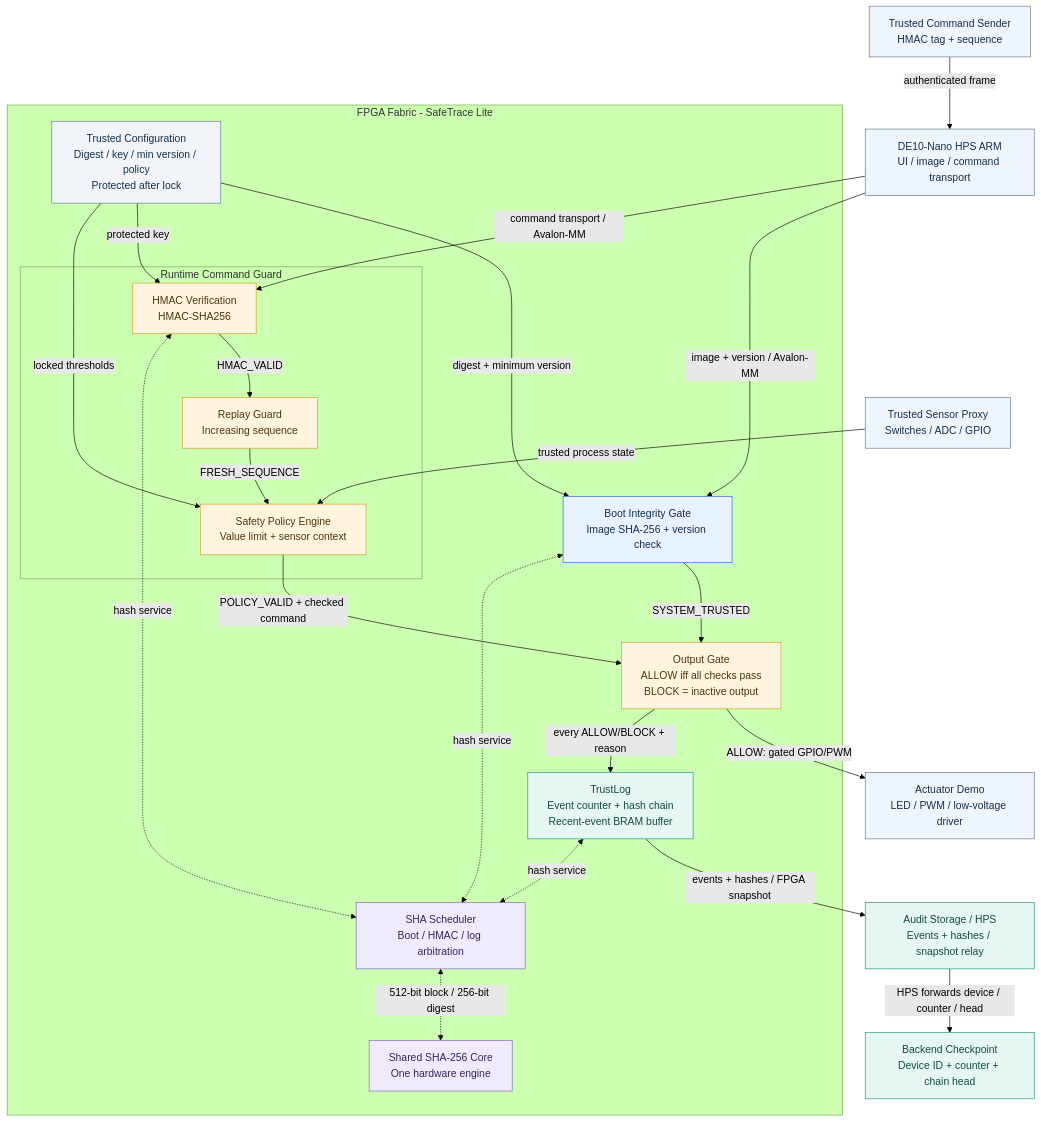
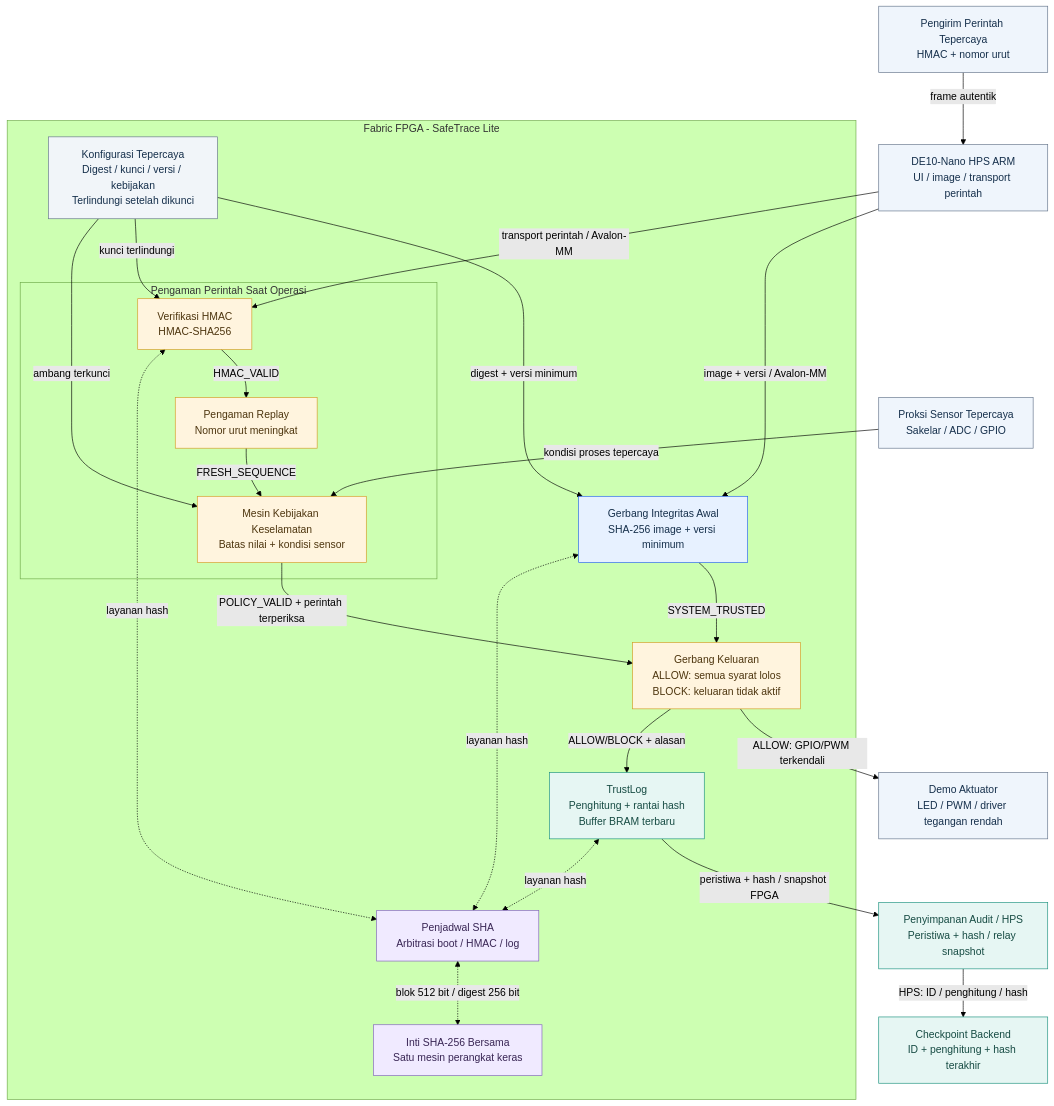
One commit to hanif-12-01/SafeTrace-Lite changed the diagram in docs/block-diagram.mmd. Above: the diagram before and after it, drawn with Mermaid (forest theme). The commit also changed 15 other files, not shown here.

Commit message:
docs: terjemahkan dokumentasi SafeTrace Lite ke bahasa Indonesia

```diff
--- a/docs/block-diagram.mmd
+++ b/docs/block-diagram.mmd
@@ -1,55 +1,55 @@
-%% SafeTrace Lite - proposed architecture, not implemented hardware.
-%% Local fallback PNG: python tools/render_diagram.py (requires Pillow).
+%% SafeTrace Lite - usulan arsitektur; perangkat keras belum diimplementasikan.
+%% Pembentukan PNG lokal: python tools/render_diagram.py (memerlukan Pillow).
 flowchart TB
-    SENDER["Trusted Command Sender<br/>HMAC tag + sequence"]
-    HPS["DE10-Nano HPS ARM<br/>UI / image / command transport"]
-    SENSOR["Trusted Sensor Proxy<br/>Switches / ADC / GPIO"]
-    subgraph FPGA["FPGA Fabric - SafeTrace Lite"]
-        CONFIG["Trusted Configuration<br/>Digest / key / min version / policy<br/>Protected after lock"]
-        BOOT["Boot Integrity Gate<br/>Image SHA-256 + version check"]
-        subgraph RUNTIME["Runtime Command Guard"]
-            HMAC["HMAC Verification<br/>HMAC-SHA256"]
-            REPLAY["Replay Guard<br/>Increasing sequence"]
-            POLICY["Safety Policy Engine<br/>Value limit + sensor context"]
+    SENDER["Pengirim Perintah Tepercaya<br/>HMAC + nomor urut"]
+    HPS["DE10-Nano HPS ARM<br/>UI / image / transport perintah"]
+    SENSOR["Proksi Sensor Tepercaya<br/>Sakelar / ADC / GPIO"]
+    subgraph FPGA["Fabric FPGA - SafeTrace Lite"]
+        CONFIG["Konfigurasi Tepercaya<br/>Digest / kunci / versi / kebijakan<br/>Terlindungi setelah dikunci"]
+        BOOT["Gerbang Integritas Awal<br/>SHA-256 image + versi minimum"]
+        subgraph RUNTIME["Pengaman Perintah Saat Operasi"]
+            HMAC["Verifikasi HMAC<br/>HMAC-SHA256"]
+            REPLAY["Pengaman Replay<br/>Nomor urut meningkat"]
+            POLICY["Mesin Kebijakan Keselamatan<br/>Batas nilai + kondisi sensor"]
         end
-        GATE["Output Gate<br/>ALLOW iff all checks pass<br/>BLOCK = inactive output"]
-        SCHED["SHA Scheduler<br/>Boot / HMAC / log arbitration"]
-        SHA["Shared SHA-256 Core<br/>One hardware engine"]
-        LOG["TrustLog<br/>Event counter + hash chain<br/>Recent-event BRAM buffer"]
+        GATE["Gerbang Keluaran<br/>ALLOW: semua syarat lolos<br/>BLOCK: keluaran tidak aktif"]
+        SCHED["Penjadwal SHA<br/>Arbitrasi boot / HMAC / log"]
+        SHA["Inti SHA-256 Bersama<br/>Satu mesin perangkat keras"]
+        LOG["TrustLog<br/>Penghitung + rantai hash<br/>Buffer BRAM terbaru"]
     end
-    ACTUATOR["Actuator Demo<br/>LED / PWM / low-voltage driver"]
-    STORE["Audit Storage / HPS<br/>Events + hashes / snapshot relay"]
-    BACKEND["Backend Checkpoint<br/>Device ID + counter + chain head"]
+    ACTUATOR["Demo Aktuator<br/>LED / PWM / driver tegangan rendah"]
+    STORE["Penyimpanan Audit / HPS<br/>Peristiwa + hash / relay snapshot"]
+    BACKEND["Checkpoint Backend<br/>ID + penghitung + hash terakhir"]
 
-    SENDER -->|authenticated frame| HPS
-    HPS -->|image + version / Avalon-MM| BOOT
-    HPS -->|command transport / Avalon-MM| HMAC
-    CONFIG -->|digest + minimum version| BOOT
-    CONFIG -->|protected key| HMAC
-    CONFIG -->|locked thresholds| POLICY
+    SENDER -->|frame autentik| HPS
+    HPS -->|image + versi / Avalon-MM| BOOT
+    HPS -->|transport perintah / Avalon-MM| HMAC
+    CONFIG -->|digest + versi minimum| BOOT
+    CONFIG -->|kunci terlindungi| HMAC
+    CONFIG -->|ambang terkunci| POLICY
     BOOT -->|SYSTEM_TRUSTED| GATE
     HMAC -->|HMAC_VALID| REPLAY
     REPLAY -->|FRESH_SEQUENCE| POLICY
-    SENSOR -->|trusted process state| POLICY
-    POLICY -->|POLICY_VALID + checked command| GATE
-    GATE -->|ALLOW: gated GPIO/PWM| ACTUATOR
-    GATE -->|every ALLOW/BLOCK + reason| LOG
-    LOG -->|events + hashes / FPGA snapshot| STORE
-    STORE -->|HPS forwards device / counter / head| BACKEND
-    BOOT <-.->|hash service| SCHED
-    HMAC <-.->|hash service| SCHED
-    LOG <-.->|hash service| SCHED
-    SCHED <-.->|512-bit block / 256-bit digest| SHA
+    SENSOR -->|kondisi proses tepercaya| POLICY
+    POLICY -->|POLICY_VALID + perintah terperiksa| GATE
+    GATE -->|ALLOW: GPIO/PWM terkendali| ACTUATOR
+    GATE -->|ALLOW/BLOCK + alasan| LOG
+    LOG -->|peristiwa + hash / snapshot FPGA| STORE
+    STORE -->|HPS: ID / penghitung / hash| BACKEND
+    BOOT <-.->|layanan hash| SCHED
+    HMAC <-.->|layanan hash| SCHED
+    LOG <-.->|layanan hash| SCHED
+    SCHED <-.->|blok 512 bit / digest 256 bit| SHA
 
     classDef host fill:#eff5fc,stroke:#64748b,color:#152f4b
     classDef boot fill:#e7f1ff,stroke:#2563eb,color:#152f4b
     classDef action fill:#fff4de,stroke:#d49b24,color:#4d350e
     classDef crypto fill:#f0eaff,stroke:#8262bd,color:#382554
     classDef evidence fill:#e6f6f3,stroke:#1b927e,color:#164b43
     classDef config fill:#f1f5f9,stroke:#64748b,color:#152f4b
     class SENDER,HPS,SENSOR,ACTUATOR host
     class BOOT boot
     class HMAC,REPLAY,POLICY,GATE action
     class SCHED,SHA crypto
     class LOG,STORE,BACKEND evidence
     class CONFIG config
```
